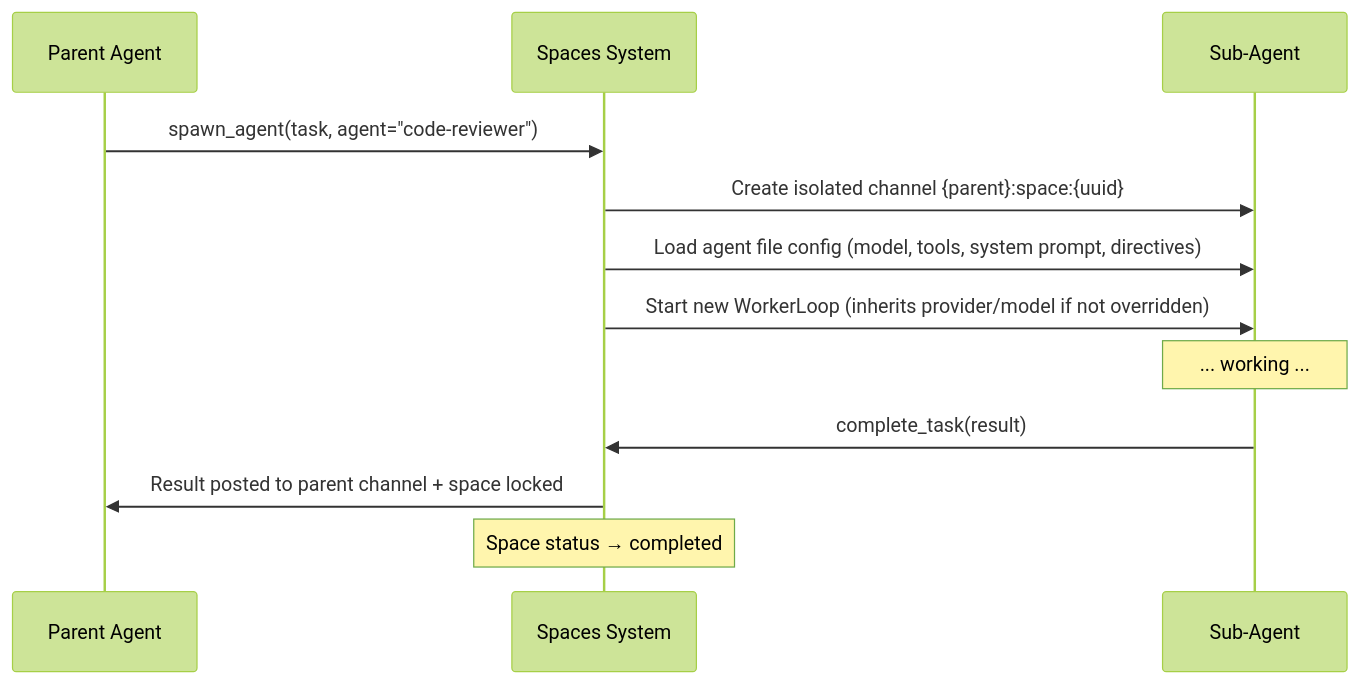
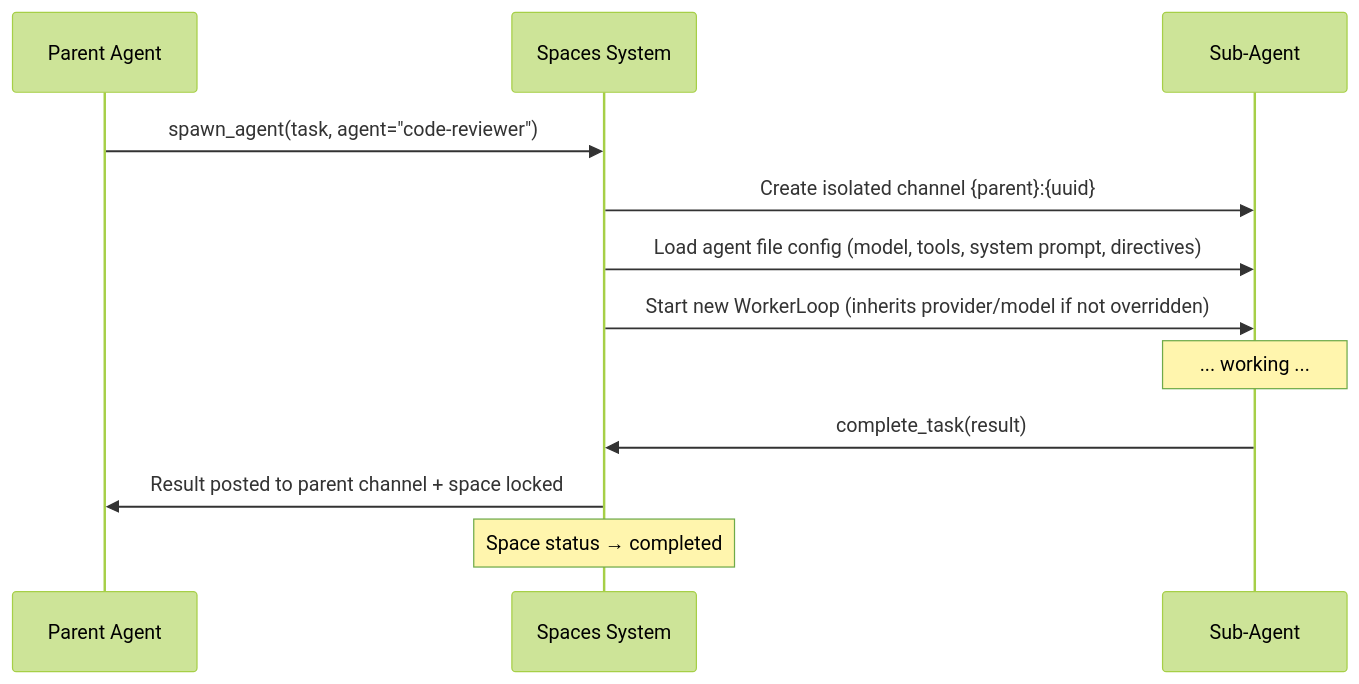
One commit to Tuanm/clawd changed the sixth of 8 diagrams in docs/architecture.md. Above: the diagram before and after it, drawn with Mermaid (forest theme). The commit also changed other lines of this file and 3 other files, not shown here.

````diff
--- a/docs/architecture.md
+++ b/docs/architecture.md
@@ -836,15 +884,15 @@
 ```mermaid
 sequenceDiagram
     participant PA as Parent Agent
     participant SS as Spaces System
     participant SA as Sub-Agent
 
     PA->>SS: spawn_agent(task, agent="code-reviewer")
-    SS->>SA: Create isolated channel {parent}:space:{uuid}
+    SS->>SA: Create isolated channel {parent}:{uuid}
     SS->>SA: Load agent file config (model, tools, system prompt, directives)
     SS->>SA: Start new WorkerLoop (inherits provider/model if not overridden)
     Note over SA: ... working ...
     SA->>SS: complete_task(result)
     SS->>PA: Result posted to parent channel + space locked
     Note over SS: Space status → completed
 ```
````
